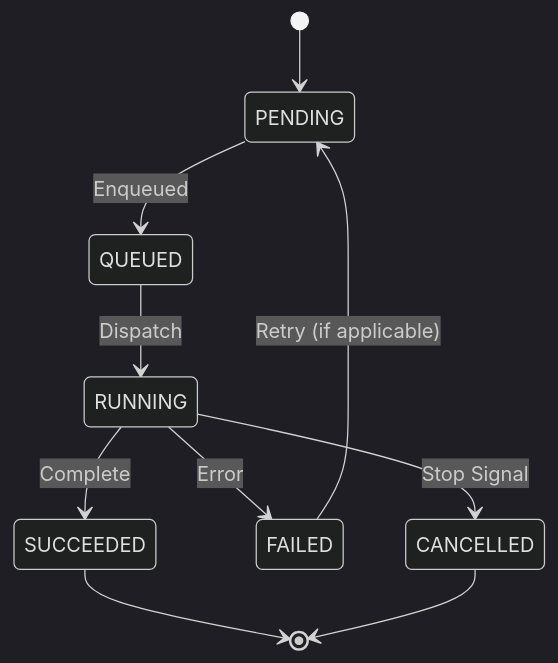
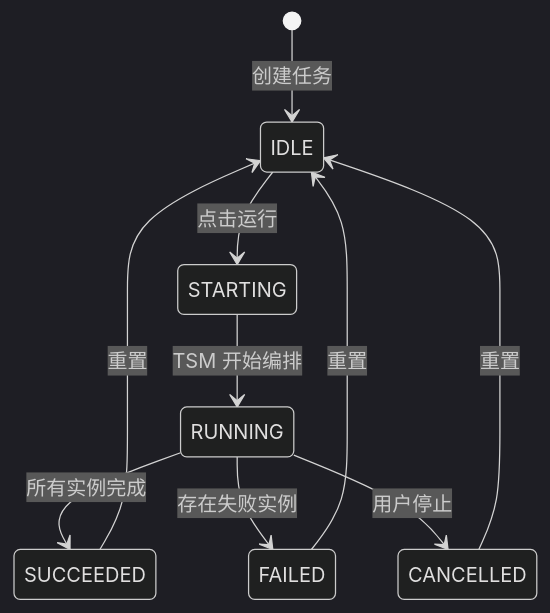
Before and after one commit to uroborus2s/crawler4j: the first of 2 diagrams in docs/srs/05-framework-core/05-4-automation-task-management.md, drawn with Mermaid (dark theme). The commit also changed other lines of this file and 84 other files, not shown here.

````diff
--- a/docs/srs/05-framework-core/05-4-automation-task-management.md
+++ b/docs/srs/05-framework-core/05-4-automation-task-management.md
@@ -17,12 +42,12 @@
 ```mermaid
 stateDiagram-v2
-    [*] --> PENDING
-    PENDING --> QUEUED: Enqueued
-    QUEUED --> RUNNING: Dispatch
-    RUNNING --> SUCCEEDED: Complete
-    RUNNING --> FAILED: Error
-    RUNNING --> CANCELLED: Stop Signal
-    FAILED --> PENDING: Retry (if applicable)
-    SUCCEEDED --> [*]
-    CANCELLED --> [*]
+    [*] --> IDLE: 创建任务
+    IDLE --> STARTING: 点击运行
+    STARTING --> RUNNING: TSM 开始编排
+    RUNNING --> SUCCEEDED: 所有实例完成
+    RUNNING --> FAILED: 存在失败实例
+    RUNNING --> CANCELLED: 用户停止
+    FAILED --> IDLE: 重置
+    SUCCEEDED --> IDLE: 重置
+    CANCELLED --> IDLE: 重置
 ```
````
